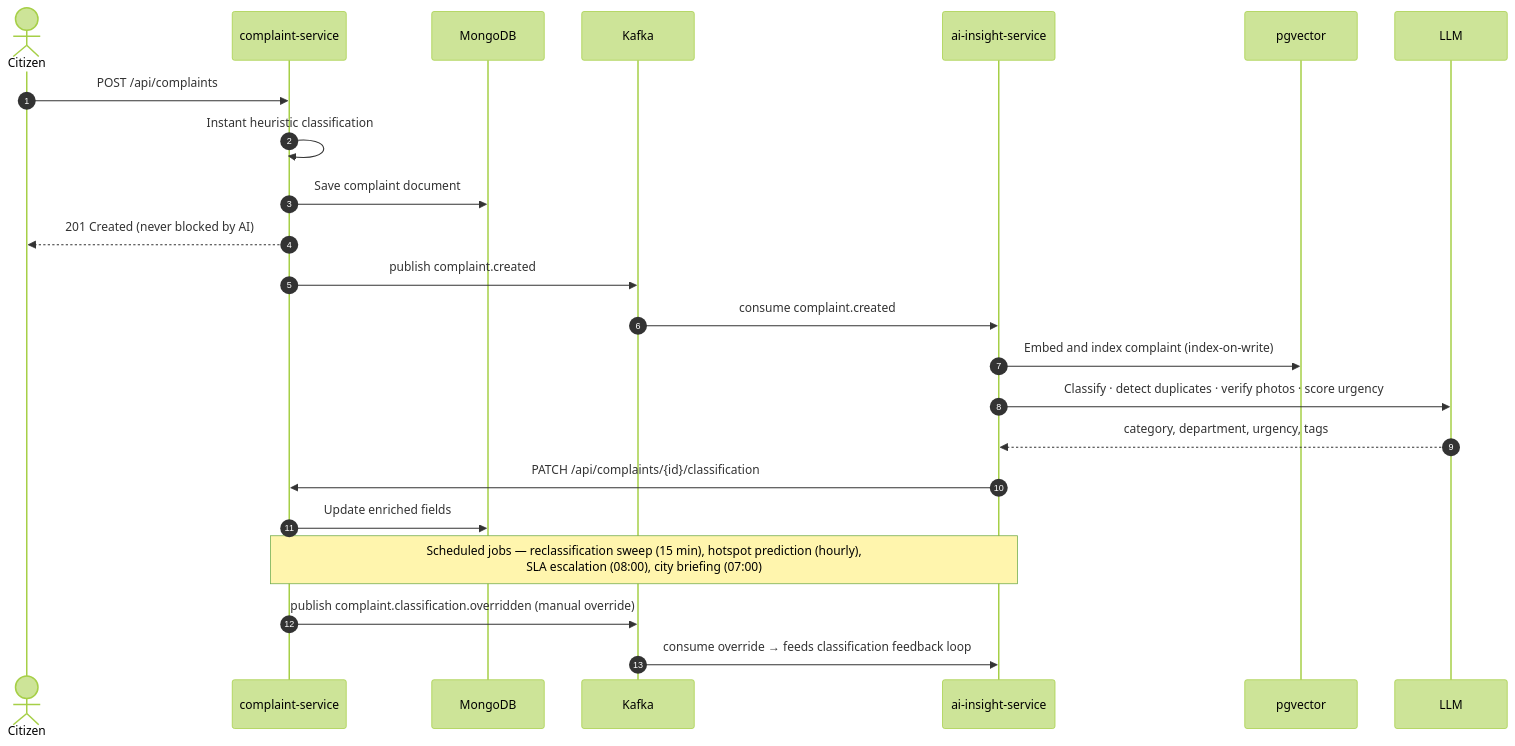
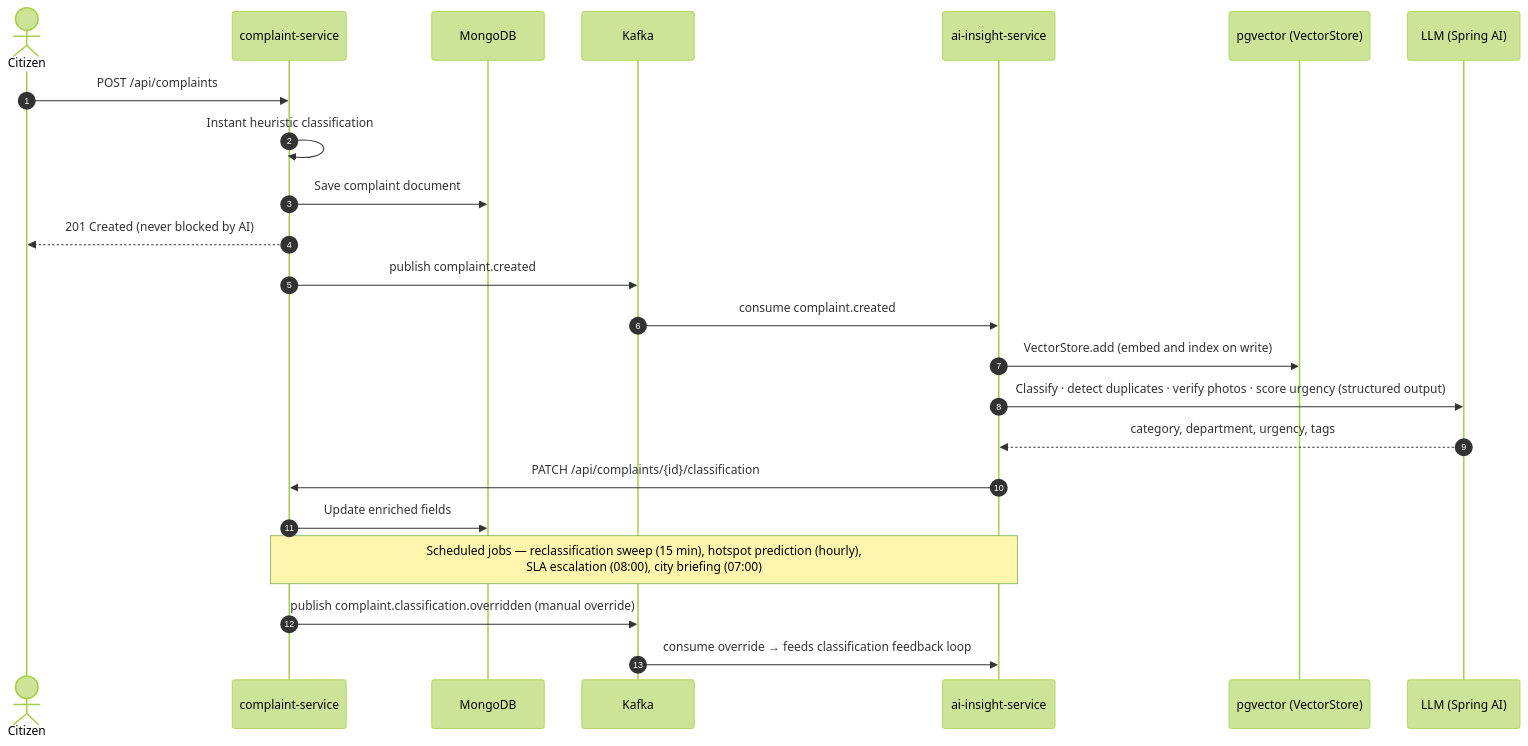
One commit to baluabs6/urban-insights-platform changed the fourth of 4 diagrams in README.md. Above: the diagram before and after it, drawn with Mermaid (forest theme). The commit also changed other lines of this file and 35 other files, not shown here.

````diff
--- a/README.md
+++ b/README.md
@@ -101,26 +217,26 @@
 ```mermaid
 sequenceDiagram
     autonumber
     actor C as Citizen
     participant CS as complaint-service
     participant M as MongoDB
     participant K as Kafka
     participant AI as ai-insight-service
-    participant V as pgvector
-    participant L as LLM
+    participant V as pgvector (VectorStore)
+    participant L as LLM (Spring AI)
 
     C->>CS: POST /api/complaints
     CS->>CS: Instant heuristic classification
     CS->>M: Save complaint document
     CS-->>C: 201 Created (never blocked by AI)
     CS->>K: publish complaint.created
     K->>AI: consume complaint.created
-    AI->>V: Embed and index complaint (index-on-write)
-    AI->>L: Classify · detect duplicates · verify photos · score urgency
+    AI->>V: VectorStore.add (embed and index on write)
+    AI->>L: Classify · detect duplicates · verify photos · score urgency (structured output)
     L-->>AI: category, department, urgency, tags
     AI->>CS: PATCH /api/complaints/{id}/classification
     CS->>M: Update enriched fields
     Note over AI,CS: Scheduled jobs — reclassification sweep (15 min), hotspot prediction (hourly),<br/>SLA escalation (08:00), city briefing (07:00)
     CS->>K: publish complaint.classification.overridden (manual override)
     K->>AI: consume override → feeds classification feedback loop
 ```
````
